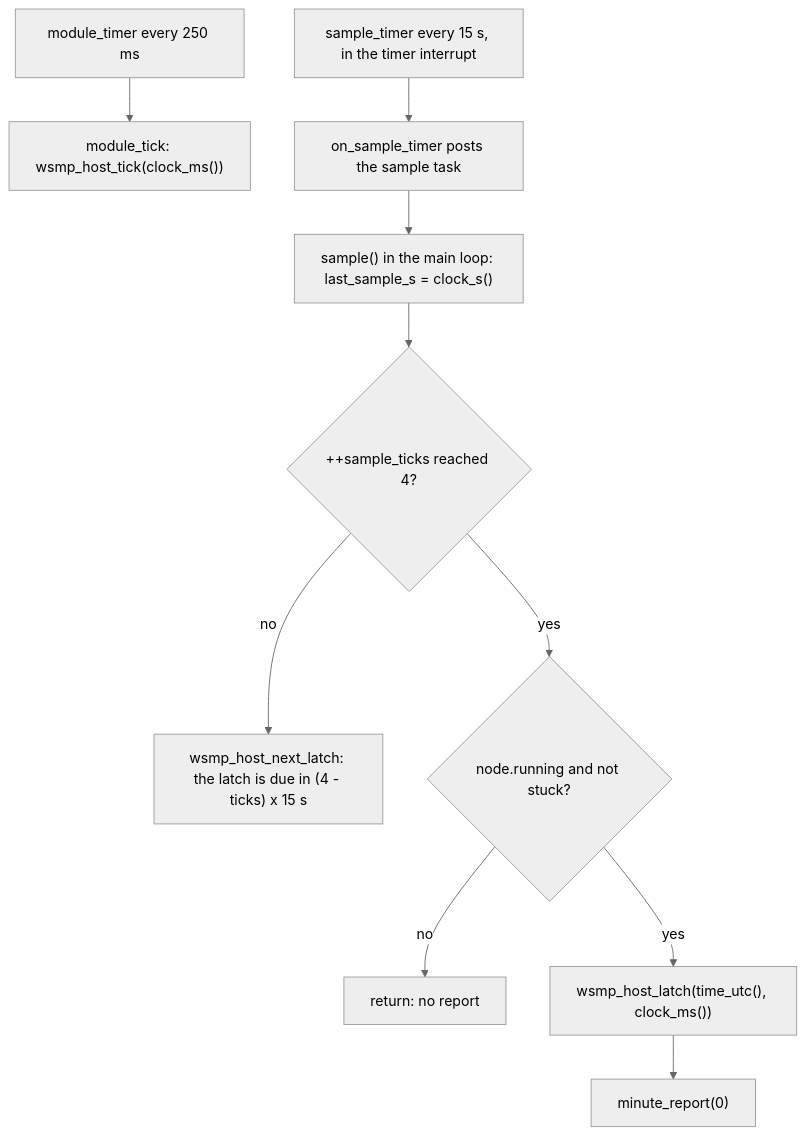
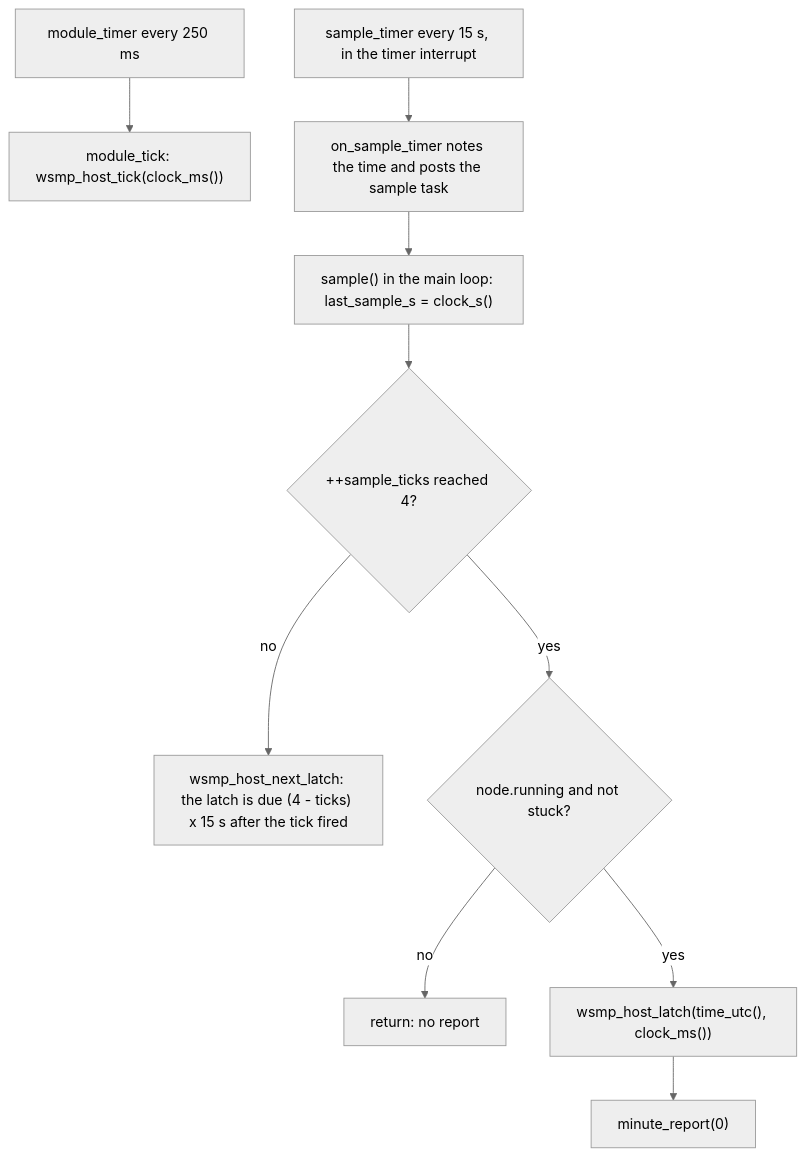
The second of 4 diagrams in firmware/stage0-node/App/app_tx.lit.md (clintecker/weather-station-2026), drawn with Mermaid (neutral theme) before and after one commit. The commit also changed other lines of this file and 12 other files, not shown here.

````diff
--- a/firmware/stage0-node/App/app_tx.lit.md
+++ b/firmware/stage0-node/App/app_tx.lit.md
@@ -210,12 +211,12 @@
 ```mermaid
 flowchart TD
   M["module_timer every 250 ms"] --> MT["module_tick: wsmp_host_tick(clock_ms())"]
-  T["sample_timer every 15 s, in the timer interrupt"] --> P["on_sample_timer posts the sample task"]
+  T["sample_timer every 15 s, in the timer interrupt"] --> P["on_sample_timer notes the time and posts the sample task"]
   P --> S["sample() in the main loop: last_sample_s = clock_s()"]
   S --> N{"++sample_ticks reached 4?"}
-  N -- no --> WAIT["wsmp_host_next_latch: the latch is due in (4 - ticks) x 15 s"]
+  N -- no --> WAIT["wsmp_host_next_latch: the latch is due (4 - ticks) x 15 s after the tick fired"]
   N -- yes --> D{"node.running and not stuck?"}
   D -- no --> DROP["return: no report"]
   D -- yes --> L["wsmp_host_latch(time_utc(), clock_ms())"]
   L --> R["minute_report(0)"]
 ```
````
